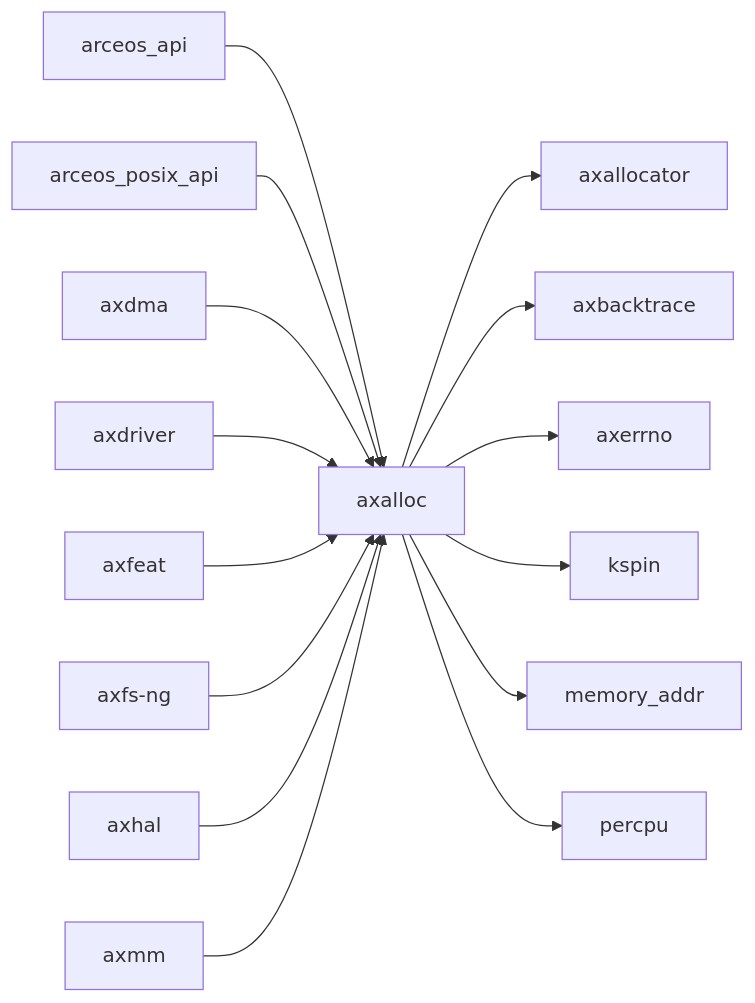
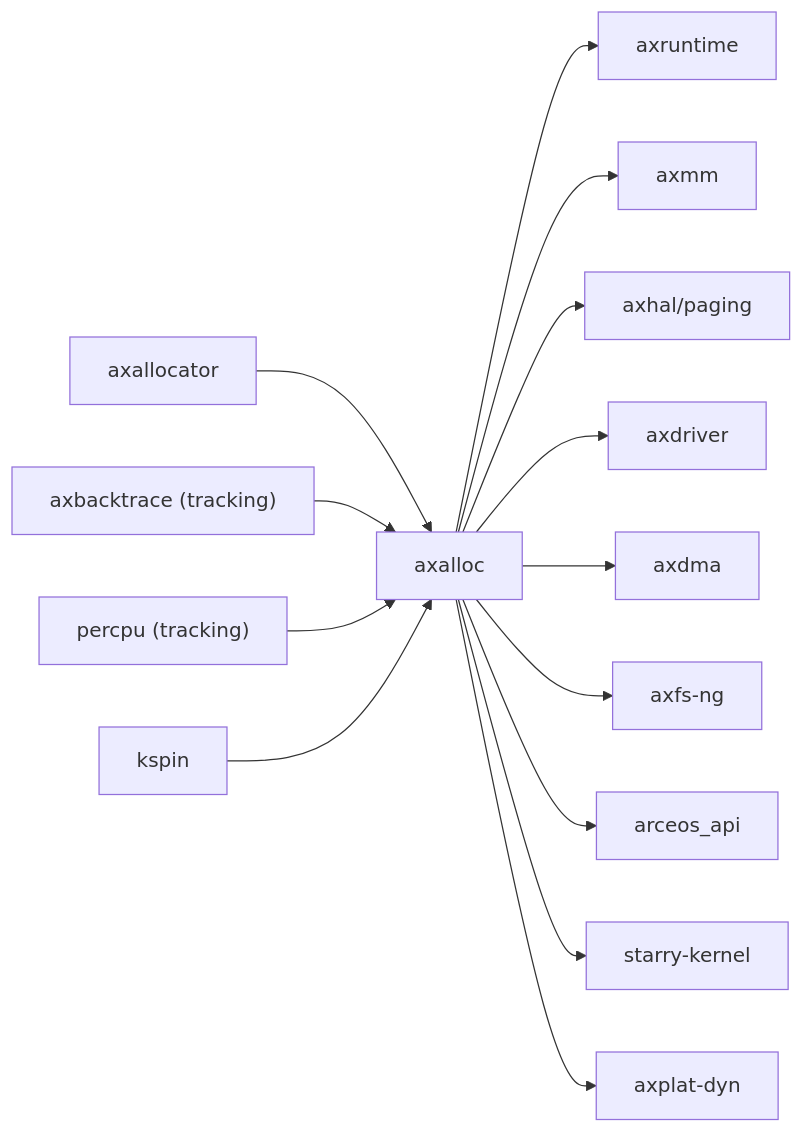
One commit to rcore-os/tgoskits changed the second of 2 diagrams in docs/crates/axalloc.md. Above: the diagram before and after it, drawn with Mermaid. The commit also changed other lines of this file and 99 other files, not shown here.

````diff
--- a/docs/crates/axalloc.md
+++ b/docs/crates/axalloc.md
@@ -35,18 +82,17 @@
 ```mermaid
 graph LR
-    current["axalloc"]
-    current --> axallocator["axallocator"]
-    current --> axbacktrace["axbacktrace"]
-    current --> axerrno["axerrno"]
-    current --> kspin["kspin"]
-    current --> memory_addr["memory_addr"]
-    current --> percpu["percpu"]
-    arceos_api["arceos_api"] --> current
-    arceos_posix_api["arceos_posix_api"] --> current
-    axdma["axdma"] --> current
-    axdriver["axdriver"] --> current
-    axfeat["axfeat"] --> current
-    axfs_ng["axfs-ng"] --> current
-    axhal["axhal"] --> current
-    axmm["axmm"] --> current
+    axallocator["axallocator"] --> axalloc["axalloc"]
+    axbacktrace["axbacktrace (tracking)"] --> axalloc
+    percpu["percpu (tracking)"] --> axalloc
+    kspin["kspin"] --> axalloc
+
+    axalloc --> axruntime["axruntime"]
+    axalloc --> axmm["axmm"]
+    axalloc --> axhal["axhal/paging"]
+    axalloc --> axdriver["axdriver"]
+    axalloc --> axdma["axdma"]
+    axalloc --> axfsng["axfs-ng"]
+    axalloc --> arceos_api["arceos_api"]
+    axalloc --> starry_kernel["starry-kernel"]
+    axalloc --> axplat_dyn["axplat-dyn"]
 ```
````
